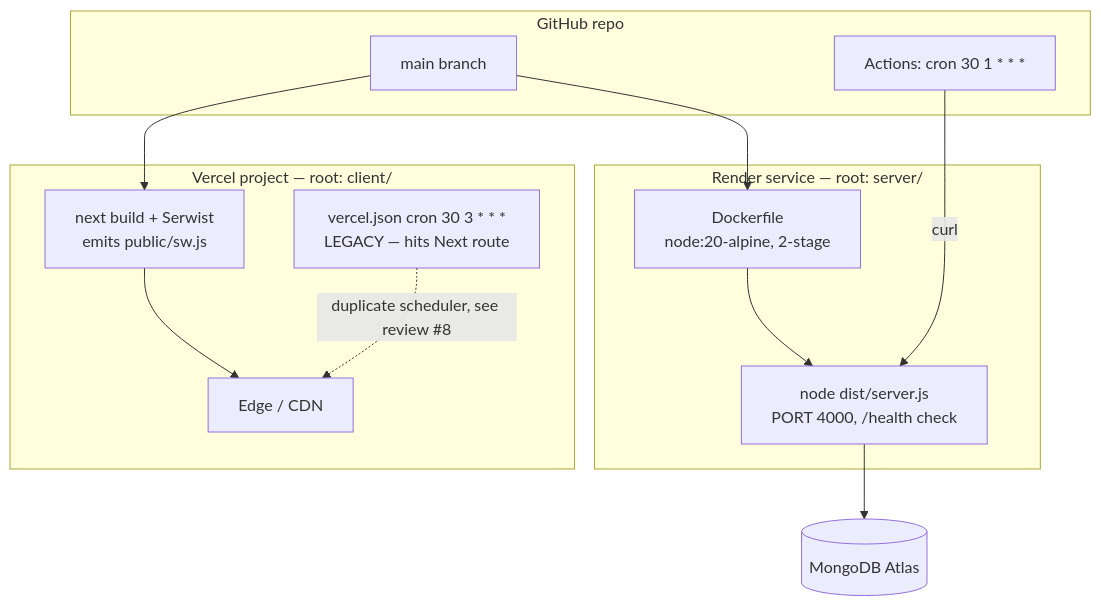
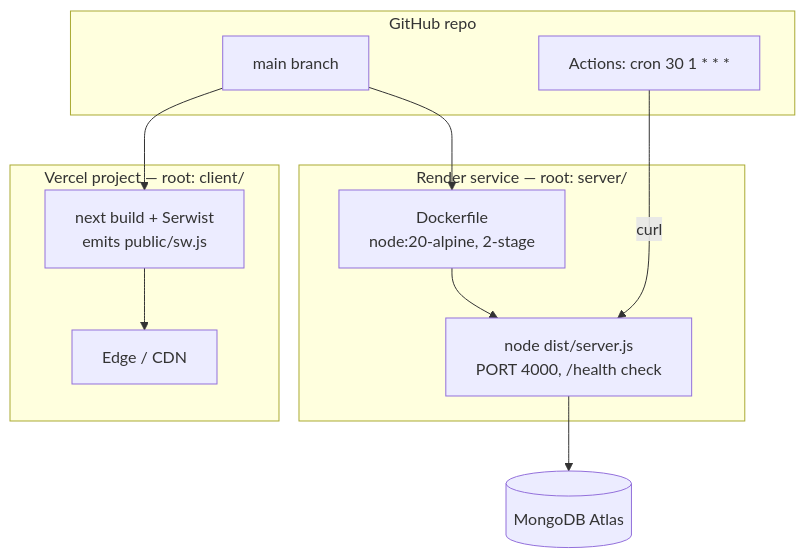
Before and after one commit to ydhanush8/MemoMind: the second of 9 diagrams in docs/architecture.md, drawn with Mermaid. The commit also changed other lines of this file and 12 other files, not shown here.

Commit message:
fix: bind Razorpay subscriptions to their owner, expire lapsed premium, always require CRON_SECRET, stop caching API responses and drop Vercel cron

````diff
--- a/docs/architecture.md
+++ b/docs/architecture.md
@@ -83,26 +83,24 @@
 ```mermaid
 flowchart TB
     subgraph gh["GitHub repo"]
         src["main branch"]
         wf["Actions: cron 30 1 * * *"]
     end
 
     subgraph vercelp["Vercel project — root: client/"]
         build1["next build + Serwist<br/>emits public/sw.js"]
         cdn["Edge / CDN"]
-        vcron["vercel.json cron 30 3 * * *<br/>LEGACY — hits Next route"]
     end
 
     subgraph renderp["Render service — root: server/"]
         docker["Dockerfile<br/>node:20-alpine, 2-stage"]
         proc["node dist/server.js<br/>PORT 4000, /health check"]
     end
 
     atlas[("MongoDB Atlas")]
 
     src --> build1 --> cdn
     src --> docker --> proc
     wf -- "curl" --> proc
     proc --> atlas
-    vcron -. "duplicate scheduler, see review #8" .-> cdn
 ```
````
